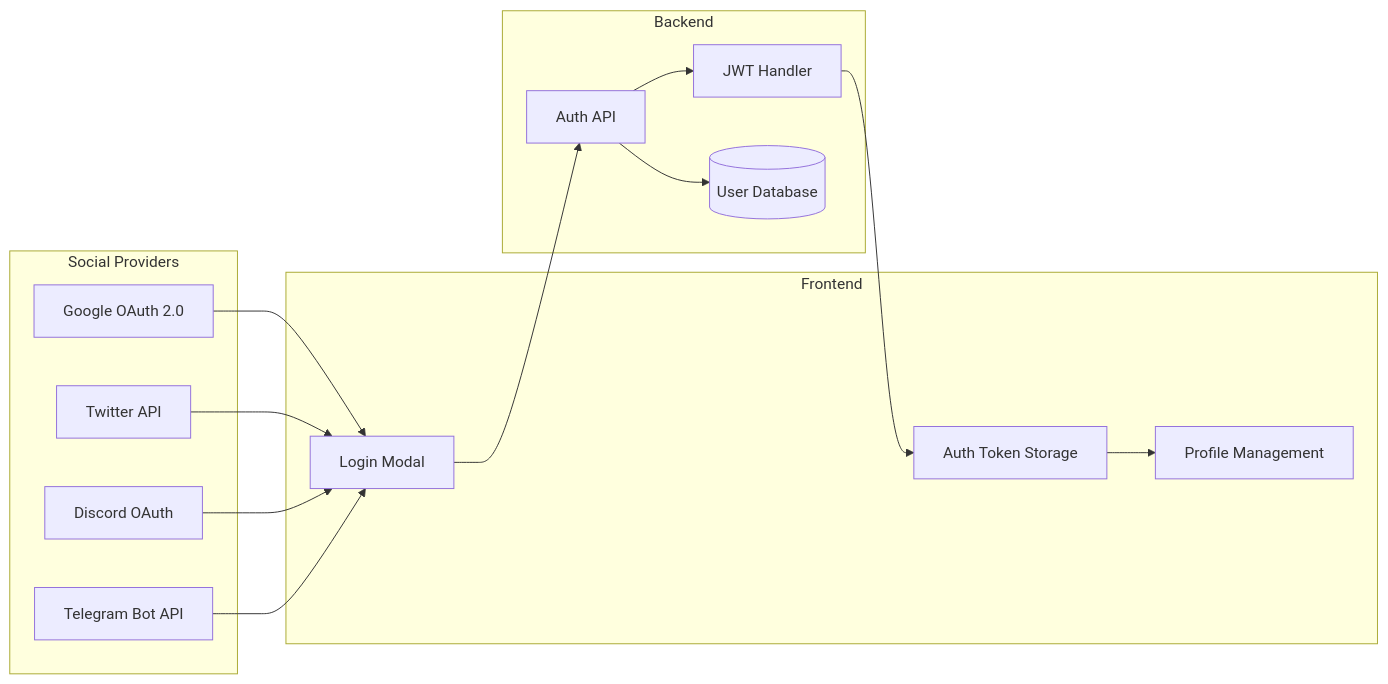
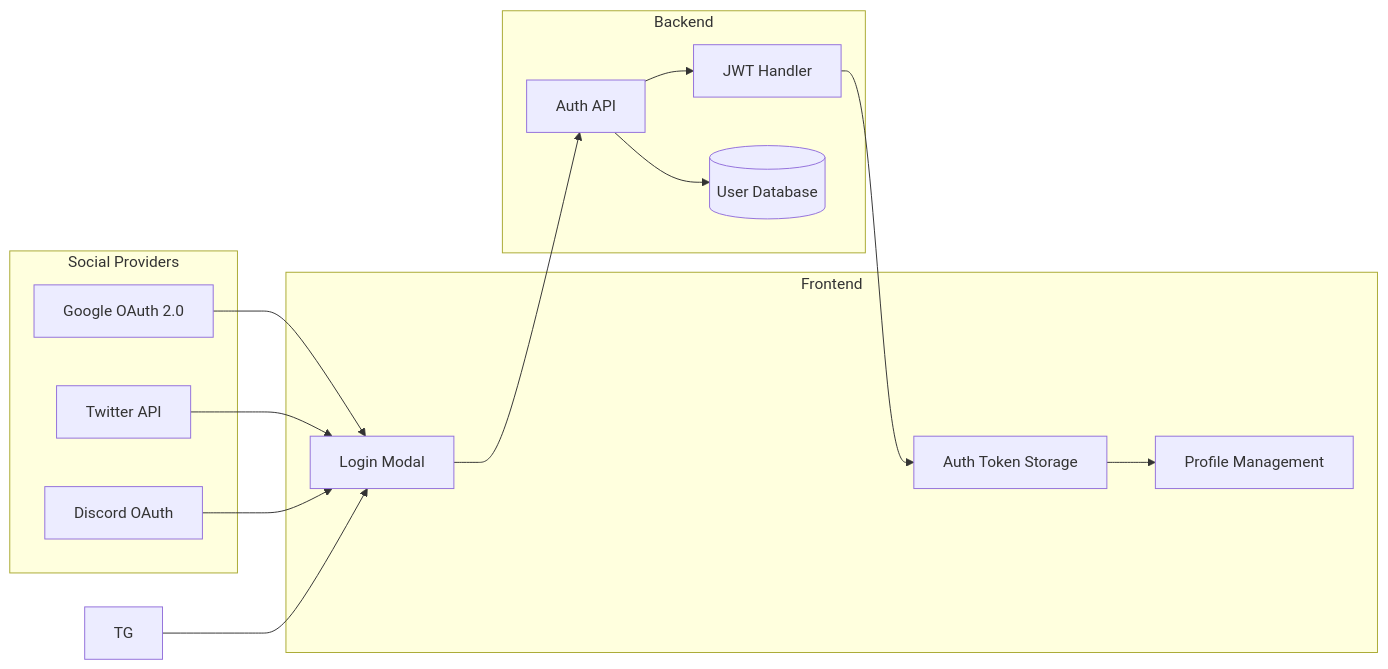
One commit to metafi-blockchain/charity-donation-smartcontrat changed the fifth of 16 diagrams in docs/CHARITY_FRONT_END.md. Above: the diagram before and after it, drawn with Mermaid. The commit also changed other lines of this file, not shown here.

````diff
--- a/docs/CHARITY_FRONT_END.md
+++ b/docs/CHARITY_FRONT_END.md
@@ -181,33 +181,32 @@
 ```mermaid
 graph LR
     subgraph "Social Providers"
         G[Google OAuth 2.0]
         T[Twitter API]
         D[Discord OAuth]
-        TG[Telegram Bot API]
     end
     
     subgraph "Frontend"
         LM[Login Modal]
         AT[Auth Token Storage]
         PM[Profile Management]
     end
     
     subgraph "Backend"
         AA[Auth API]
         JWT[JWT Handler]
         DB[(User Database)]
     end
     
     G --> LM
     T --> LM
     D --> LM
     TG --> LM
     
     LM --> AA
     AA --> JWT
     JWT --> AT
     AT --> PM
     
     AA --> DB
 ```
````
